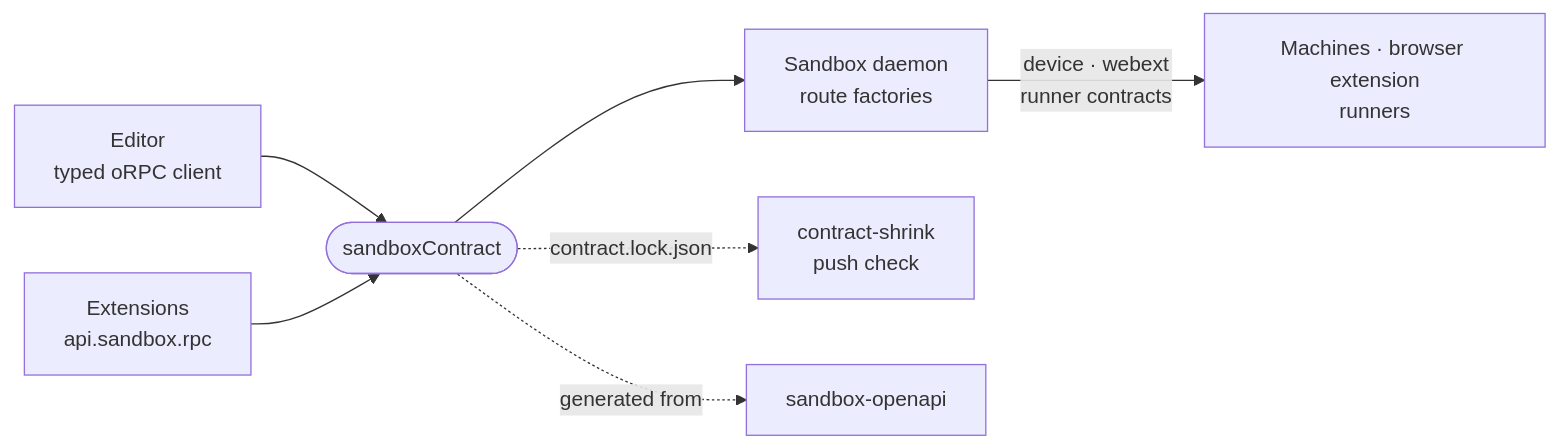
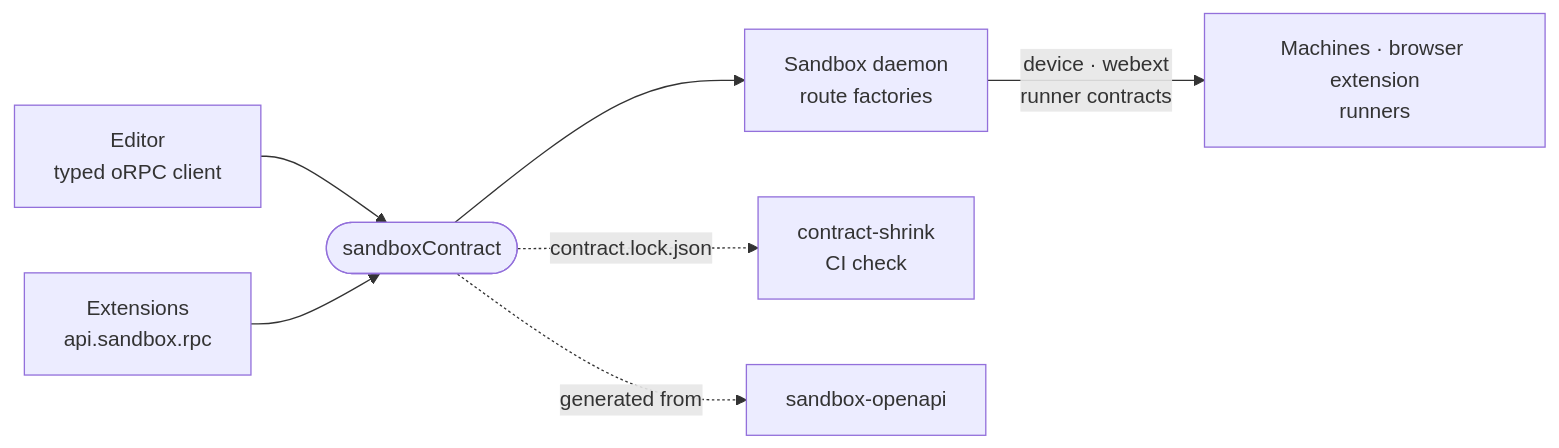
Before and after one commit to intentic/intentic: the diagram in _shared/sandbox-contract/README.md, drawn with Mermaid. The commit also changed other lines of this file and 136 other files, not shown here.

First line of the commit message:
feat(workspace)!: drop push-checks, pre-push hook and FindingSchema

````diff
--- a/_shared/sandbox-contract/README.md
+++ b/_shared/sandbox-contract/README.md
@@ -5,9 +5,9 @@
 ```mermaid
 flowchart LR
     web["Editor<br/>typed oRPC client"] --> contract(["sandboxContract"])
     ext["Extensions<br/>api.sandbox.rpc"] --> contract
     contract --> daemon["Sandbox daemon<br/>route factories"]
     daemon -- "device · webext<br/>runner contracts" --> peers["Machines · browser extension<br/>runners"]
-    contract -. "contract.lock.json" .-> shrink["contract-shrink<br/>push check"]
+    contract -. "contract.lock.json" .-> shrink["contract-shrink<br/>CI check"]
     contract -. "generated from" .-> openapi["sandbox-openapi"]
 ```
````
